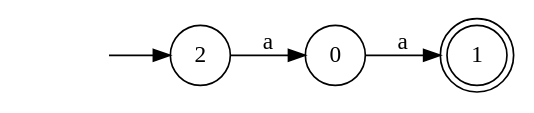
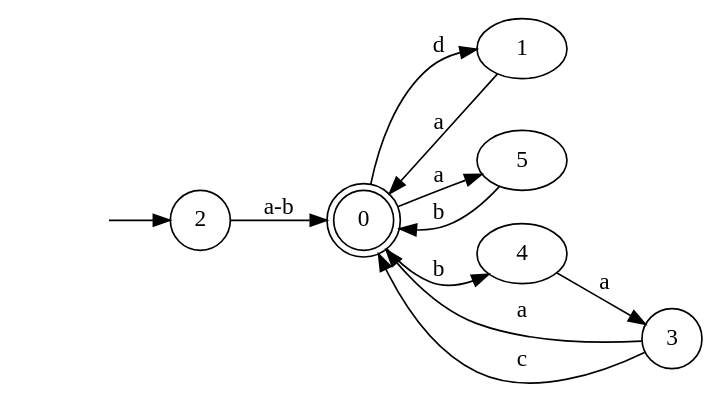
Before and after one commit to Faymiaouent/Automa4U: the diagram in dotfiles/DFA0.dot, drawn with Graphviz. The commit also changed 44 other files, not shown here.

```diff
--- a/dotfiles/DFA0.dot
+++ b/dotfiles/DFA0.dot
@@ -1,10 +1,20 @@
 digraph Automaton {
   rankdir = LR;
+0 [shape=doublecircle]; 
+  0 -> 1 [label="d"];
+  0 -> 5 [label="a"];
+  0 -> 4 [label="b"];
 node [shape=circle];
-  0 -> 1 [label="a"];
-1 [shape=doublecircle]; 
+  1 -> 0 [label="a"];
 node [shape=circle];
   initial [shape=plaintext,label=""];
   initial -> 2
-  2 -> 0 [label="a"];
+  2 -> 0 [label="a-b"];
+node [shape=circle];
+  3 -> 0 [label="a"];
+  3 -> 0 [label="c"];
+node [shape=circle];
+  4 -> 3 [label="a"];
+node [shape=circle];
+  5 -> 0 [label="b"];
 }
```
